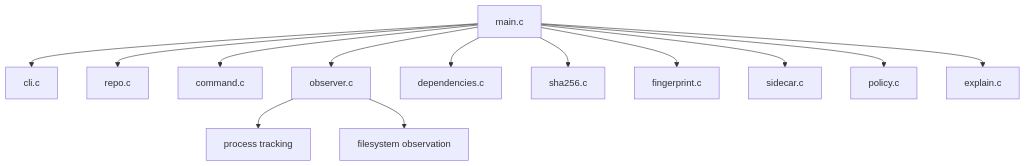
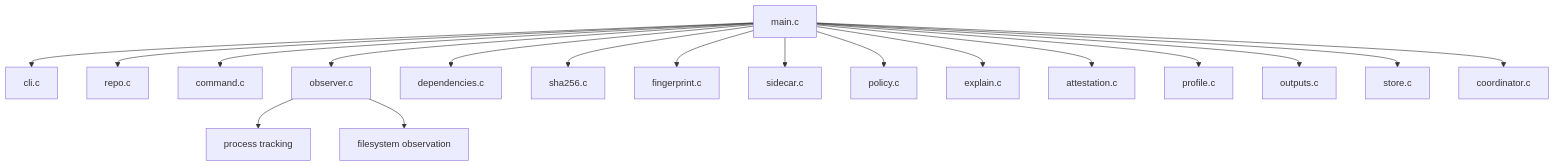
The seventh of 8 diagrams in docs/spec/tm-test-memoization-technical-specification.md (jedediahg/testmiser), drawn with Mermaid before and after one commit. The commit also changed other lines of this file and 1 other file, not shown here.

````diff
--- a/docs/spec/tm-test-memoization-technical-specification.md
+++ b/docs/spec/tm-test-memoization-technical-specification.md
@@ -1239,15 +1125,20 @@
 ```mermaid
 flowchart TB
     A[main.c] --> B[cli.c]
     A --> C[repo.c]
     A --> D[command.c]
     A --> E[observer.c]
     E --> F[process tracking]
     E --> G[filesystem observation]
     A --> H[dependencies.c]
     A --> I[sha256.c]
     A --> J[fingerprint.c]
     A --> K[sidecar.c]
     A --> L[policy.c]
     A --> M[explain.c]
+    A --> N[attestation.c]
+    A --> O[profile.c]
+    A --> P[outputs.c]
+    A --> Q[store.c]
+    A --> R[coordinator.c]
 ```
````
